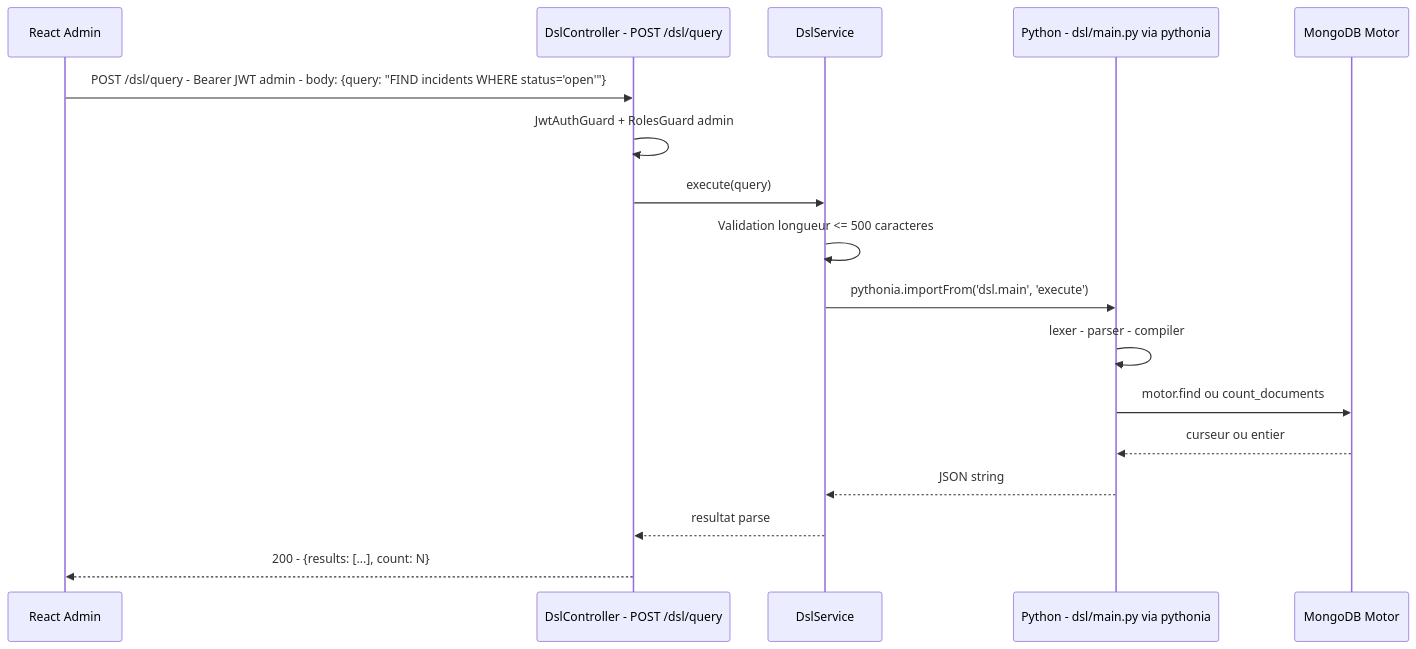
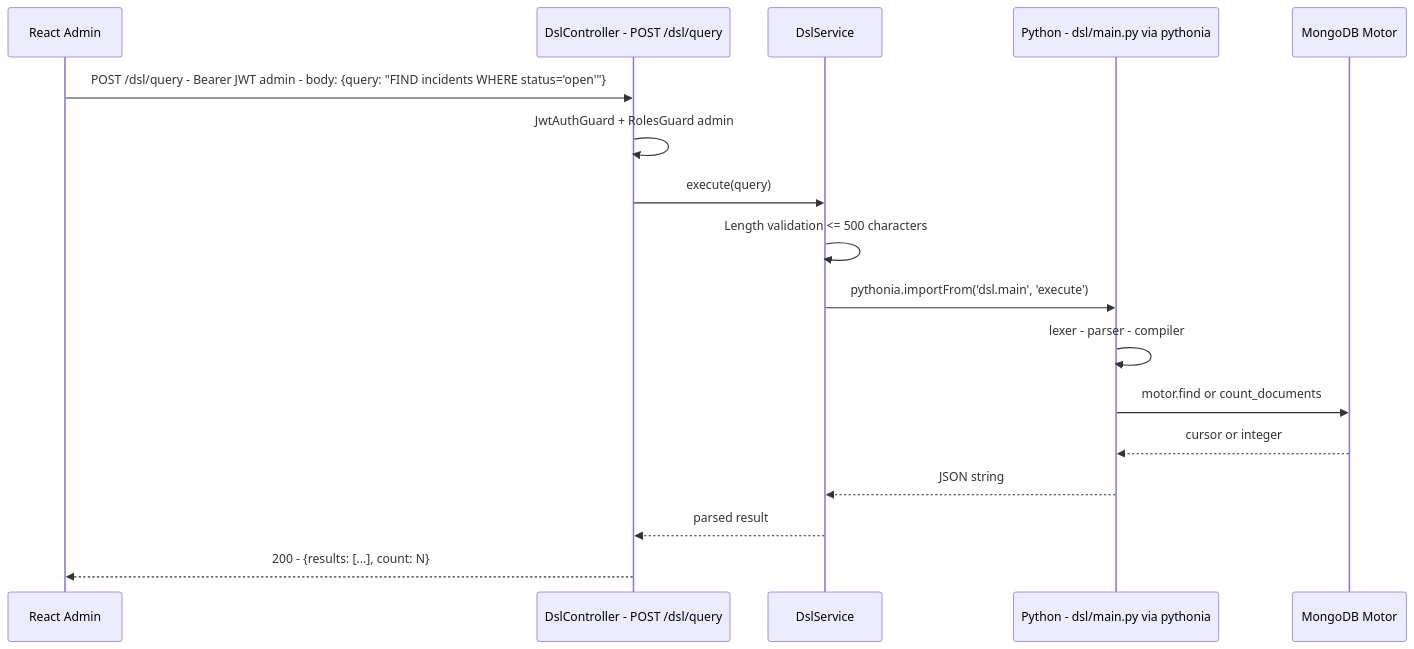
One commit to creibaud/QuartierConnect changed the second of 2 diagrams in docs/DSL.md. Above: the diagram before and after it, drawn with Mermaid. The commit also changed other lines of this file and 155 other files, not shown here.

````diff
--- a/docs/DSL.md
+++ b/docs/DSL.md
@@ -54,20 +54,20 @@
 ```mermaid
 sequenceDiagram
     participant Admin as React Admin
     participant NestJS as DslController - POST /dsl/query
     participant Svc as DslService
     participant PY as Python - dsl/main.py via pythonia
     participant Mongo as MongoDB Motor
 
     Admin->>NestJS: POST /dsl/query - Bearer JWT admin - body: {query: "FIND incidents WHERE status='open'"}
     NestJS->>NestJS: JwtAuthGuard + RolesGuard admin
     NestJS->>Svc: execute(query)
-    Svc->>Svc: Validation longueur <= 500 caracteres
+    Svc->>Svc: Length validation <= 500 characters
     Svc->>PY: pythonia.importFrom('dsl.main', 'execute')
     PY->>PY: lexer - parser - compiler
-    PY->>Mongo: motor.find ou count_documents
-    Mongo-->>PY: curseur ou entier
+    PY->>Mongo: motor.find or count_documents
+    Mongo-->>PY: cursor or integer
     PY-->>Svc: JSON string
-    Svc-->>NestJS: resultat parse
+    Svc-->>NestJS: parsed result
     NestJS-->>Admin: 200 - {results: [...], count: N}
 ```
````
